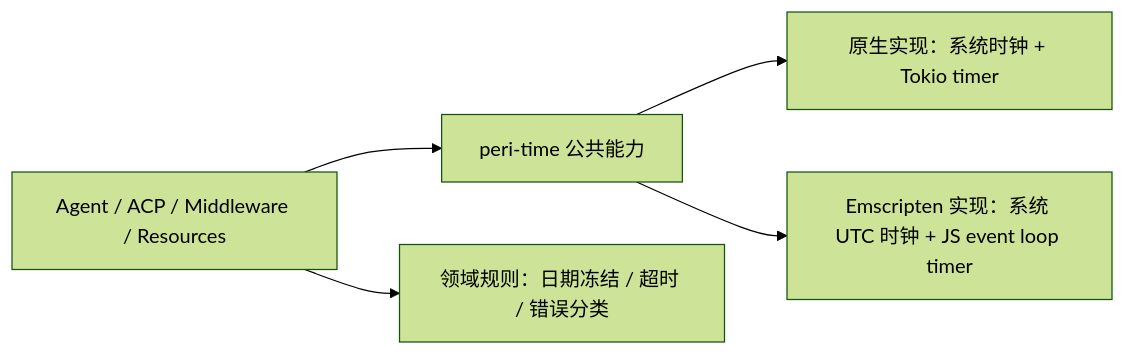
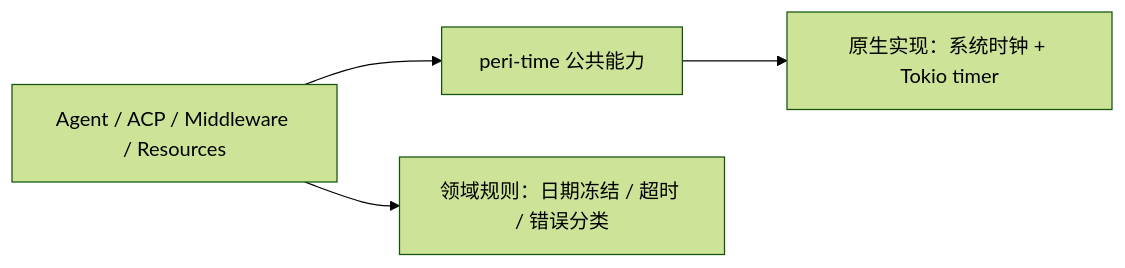
One commit to KonghaYao/peri changed the diagram in docs/design/time-runtime.md. Above: the diagram before and after it, drawn with Mermaid (forest theme). The commit also changed other lines of this file and 241 other files, not shown here.

````diff
--- a/docs/design/time-runtime.md
+++ b/docs/design/time-runtime.md
@@ -23,7 +23,6 @@
 ```mermaid
 flowchart LR
     Business[Agent / ACP / Middleware / Resources] --> API[peri-time 公共能力]
     API --> Native[原生实现：系统时钟 + Tokio timer]
-    API --> Emscripten[Emscripten 实现：系统 UTC 时钟 + JS event loop timer]
     Business --> Policy[领域规则：日期冻结 / 超时 / 错误分类]
 ```
````
